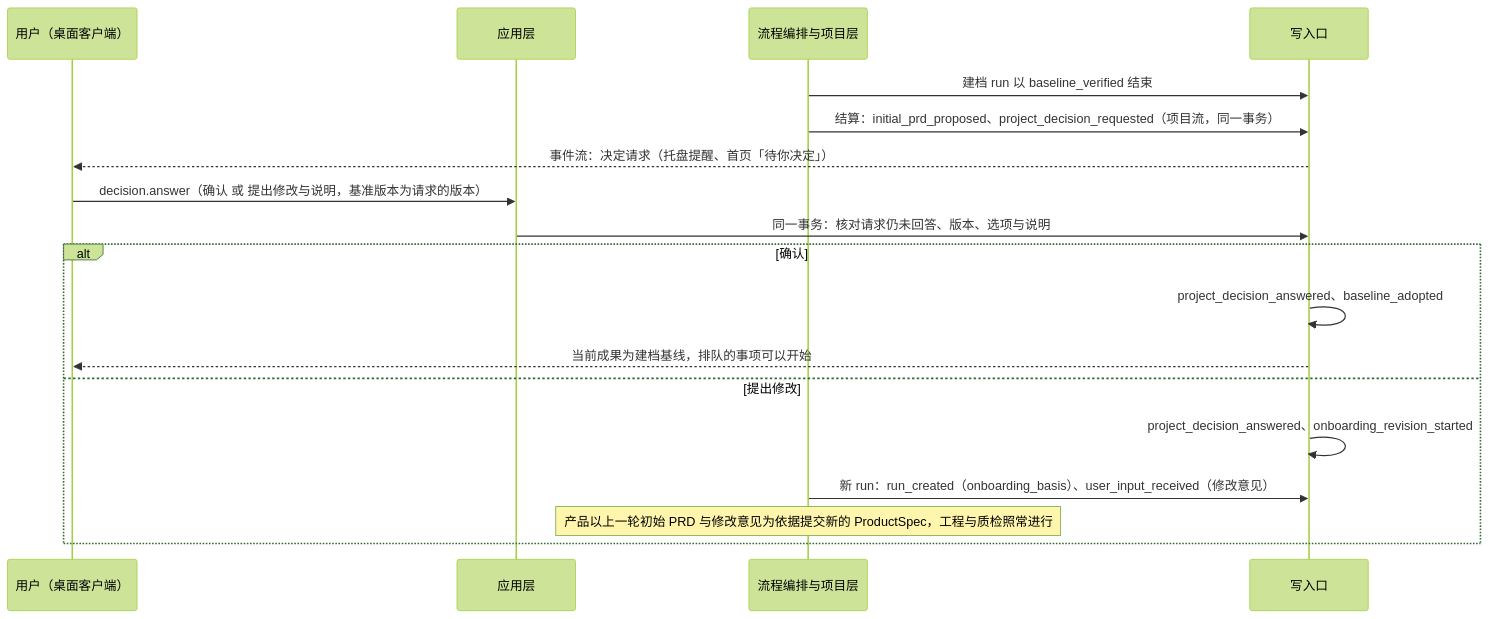
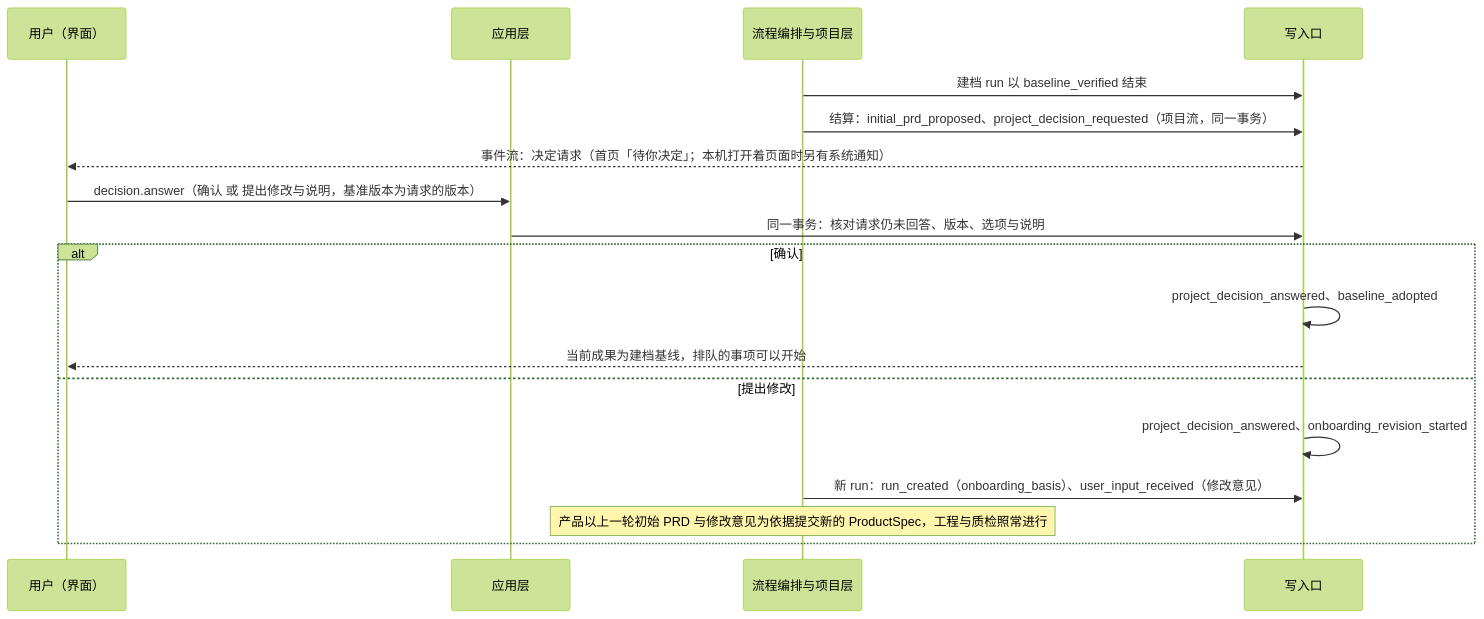
The second of 3 diagrams in docs/design/existing-project-onboarding.md (bender2333/yudao), drawn with Mermaid (forest theme) before and after one commit. The commit also changed other lines of this file and 31 other files, not shown here.

````diff
--- a/docs/design/existing-project-onboarding.md
+++ b/docs/design/existing-project-onboarding.md
@@ -209,20 +209,20 @@
 ```mermaid
 sequenceDiagram
-  participant U as 用户（桌面客户端）
+  participant U as 用户（界面）
   participant A as 应用层
   participant O as 流程编排与项目层
   participant W as 写入口
   O->>W: 建档 run 以 baseline_verified 结束
   O->>W: 结算：initial_prd_proposed、project_decision_requested（项目流，同一事务）
-  W-->>U: 事件流：决定请求（托盘提醒、首页「待你决定」）
+  W-->>U: 事件流：决定请求（首页「待你决定」；本机打开着页面时另有系统通知）
   U->>A: decision.answer（确认 或 提出修改与说明，基准版本为请求的版本）
   A->>W: 同一事务：核对请求仍未回答、版本、选项与说明
   alt 确认
     W->>W: project_decision_answered、baseline_adopted
     W-->>U: 当前成果为建档基线，排队的事项可以开始
   else 提出修改
     W->>W: project_decision_answered、onboarding_revision_started
     O->>W: 新 run：run_created（onboarding_basis）、user_input_received（修改意见）
     Note over O: 产品以上一轮初始 PRD 与修改意见为依据提交新的 ProductSpec，工程与质检照常进行
   end
 ```
````
